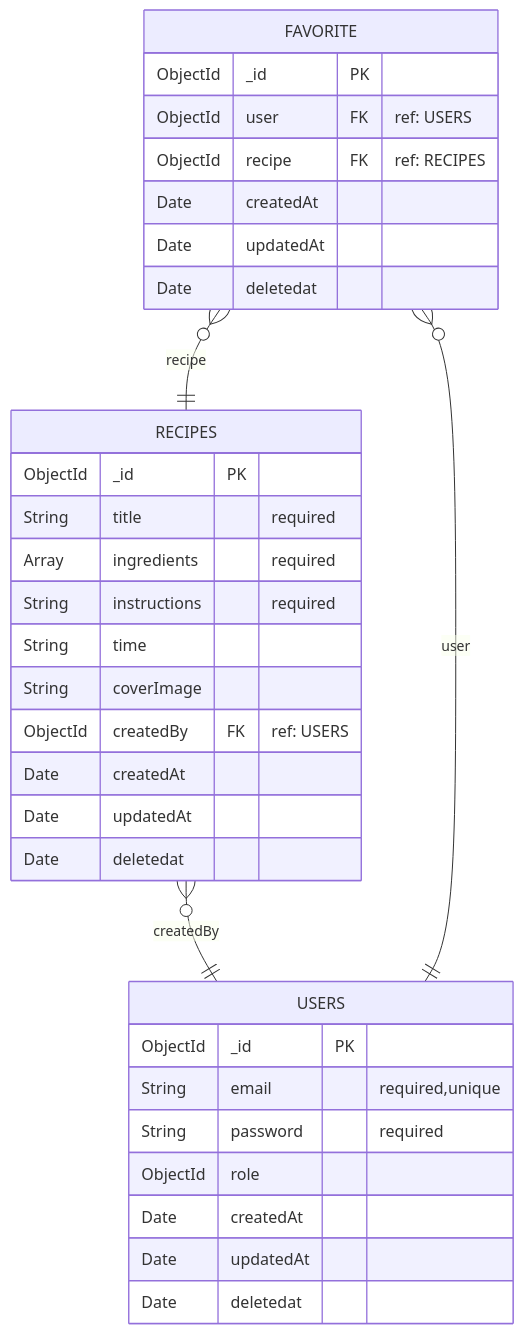
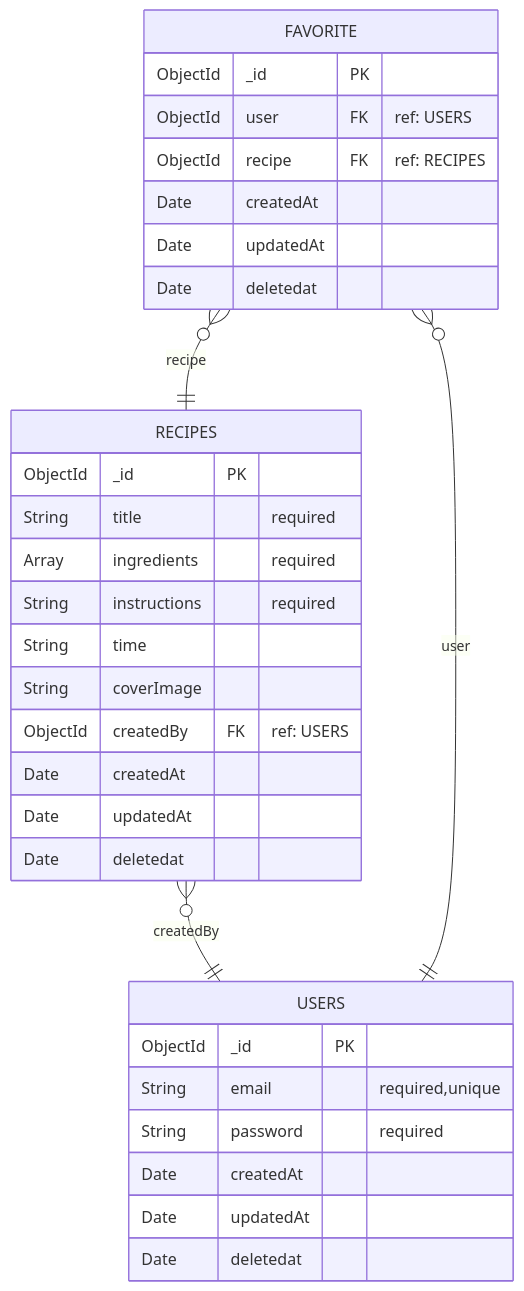
The diagram in docs/database_schema.md (cia-GKMIT/Functional-Document-FoodRecipeWebApp), drawn with Mermaid before and after one commit. The commit also changed other lines of this file and 7 other files, not shown here.

````diff
--- a/docs/database_schema.md
+++ b/docs/database_schema.md
@@ -53,42 +53,41 @@
 ```mermaid
 erDiagram
  
 
     FAVORITE {
         ObjectId _id PK 
         ObjectId user FK "ref: USERS"
         ObjectId recipe FK "ref: RECIPES"
         Date createdAt
         Date updatedAt
         Date deletedat
     }
 
     USERS {
         ObjectId _id PK 
         String email "required,unique"
-        String password "required"
-        ObjectId role 
+        String password "required" 
         Date createdAt
         Date updatedAt
         Date deletedat
     }
 
     RECIPES {
         ObjectId _id PK 
         String title "required"
         Array ingredients "required"
         String instructions "required"
         String time
         String coverImage
         ObjectId createdBy FK "ref: USERS"
         Date createdAt
         Date updatedAt
         Date deletedat
     }
 
     RECIPES }o--|| USERS : "createdBy"
     FAVORITE }o--|| USERS : "user"
     FAVORITE }o--|| RECIPES : "recipe"
 
 
 ```
````
